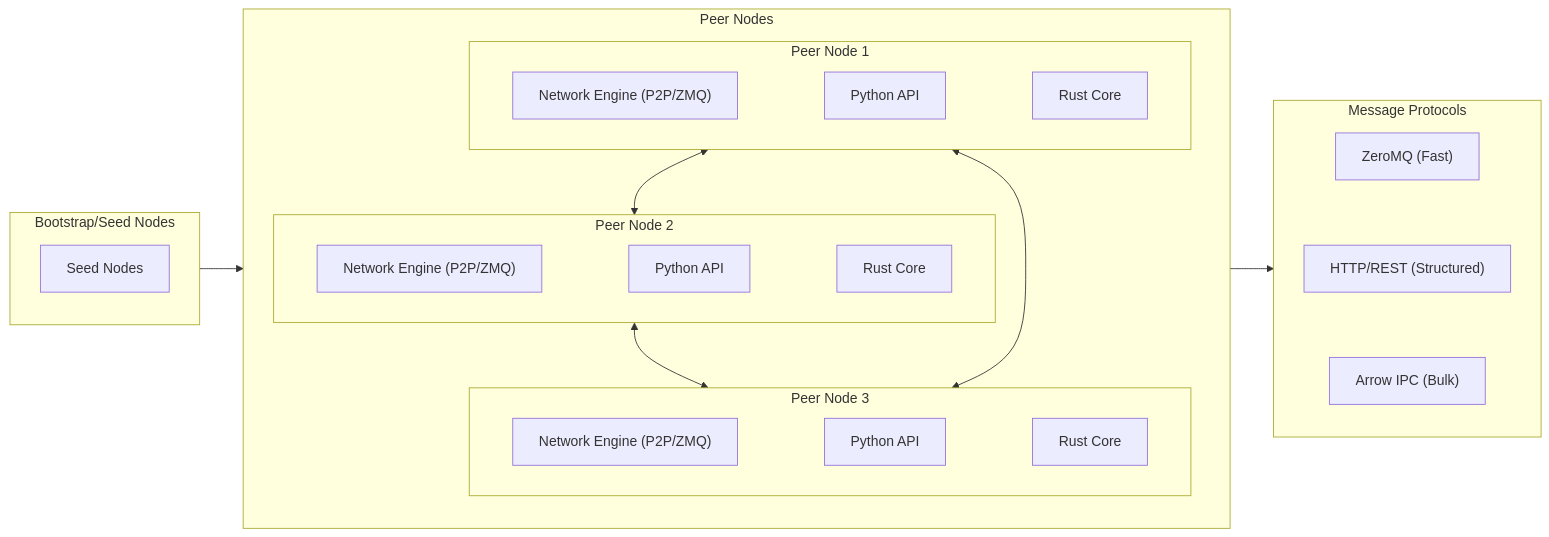
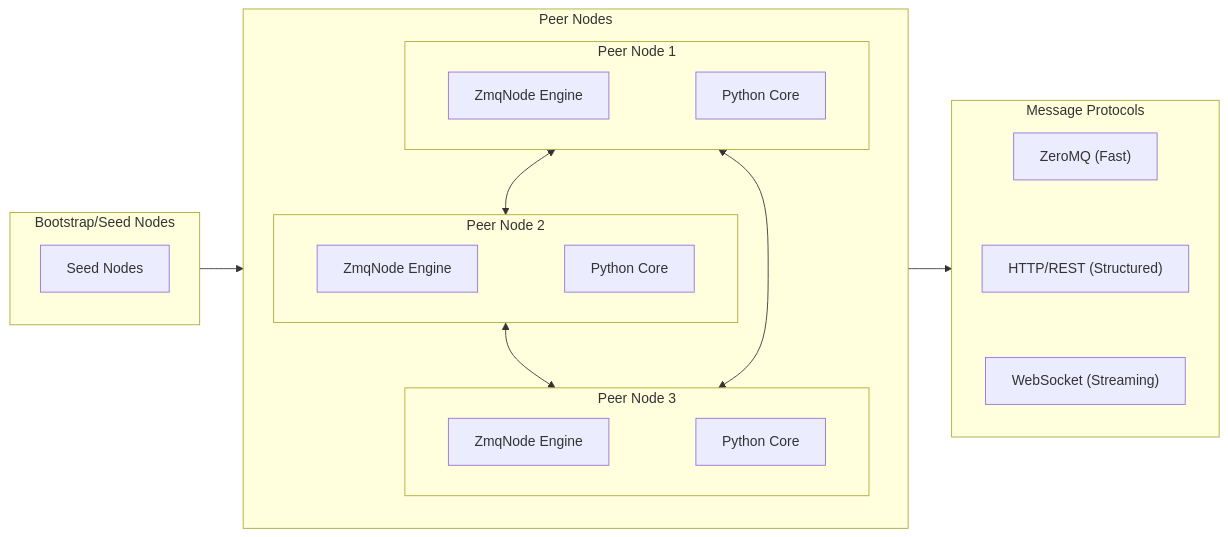
The tenth of 11 diagrams in docs/ARCHITECTURE.md (VanDung-dev/HieraChain), drawn with Mermaid before and after one commit. The commit also changed other lines of this file and 2 other files, not shown here.

First line of the commit message:
docs: update architecture documentation to pure Python and standardize markdown

````diff
--- a/docs/ARCHITECTURE.md
+++ b/docs/ARCHITECTURE.md
@@ -456,39 +372,36 @@
 ```mermaid
 flowchart LR
     subgraph Bootstrap["Bootstrap/Seed Nodes"]
         BS["Seed Nodes"]
     end
 
     subgraph Peers["Peer Nodes"]
         subgraph Peer1["Peer Node 1"]
-            P1E["Network Engine (P2P/ZMQ)"]
-            P1A["Python API"]
-            P1R["Rust Core"]
-            P1E ~~~ P1A ~~~ P1R
+            P1E["ZmqNode Engine"]
+            P1A["Python Core"]
+            P1E ~~~ P1A
         end
         subgraph Peer2["Peer Node 2"]
-            P2E["Network Engine (P2P/ZMQ)"]
-            P2A["Python API"]
-            P2R["Rust Core"]
-            P2E ~~~ P2A ~~~ P2R
+            P2E["ZmqNode Engine"]
+            P2A["Python Core"]
+            P2E ~~~ P2A
         end
         subgraph Peer3["Peer Node 3"]
-            P3E["Network Engine (P2P/ZMQ)"]
-            P3A["Python API"]
-            P3R["Rust Core"]
-            P3E ~~~ P3A ~~~ P3R
+            P3E["ZmqNode Engine"]
+            P3A["Python Core"]
+            P3E ~~~ P3A
         end
     end
 
     subgraph Protocols["Message Protocols"]
         MP1["ZeroMQ (Fast)"]
         MP2["HTTP/REST (Structured)"]
-        MP3["Arrow IPC (Bulk)"]
+        MP3["WebSocket (Streaming)"]
         MP1 ~~~ MP2 ~~~ MP3
     end
 
     Bootstrap --> Peers
     Peers --> Protocols
     Peer1 <--> Peer2 <--> Peer3
     Peer1 <--> Peer3
 ```
````
